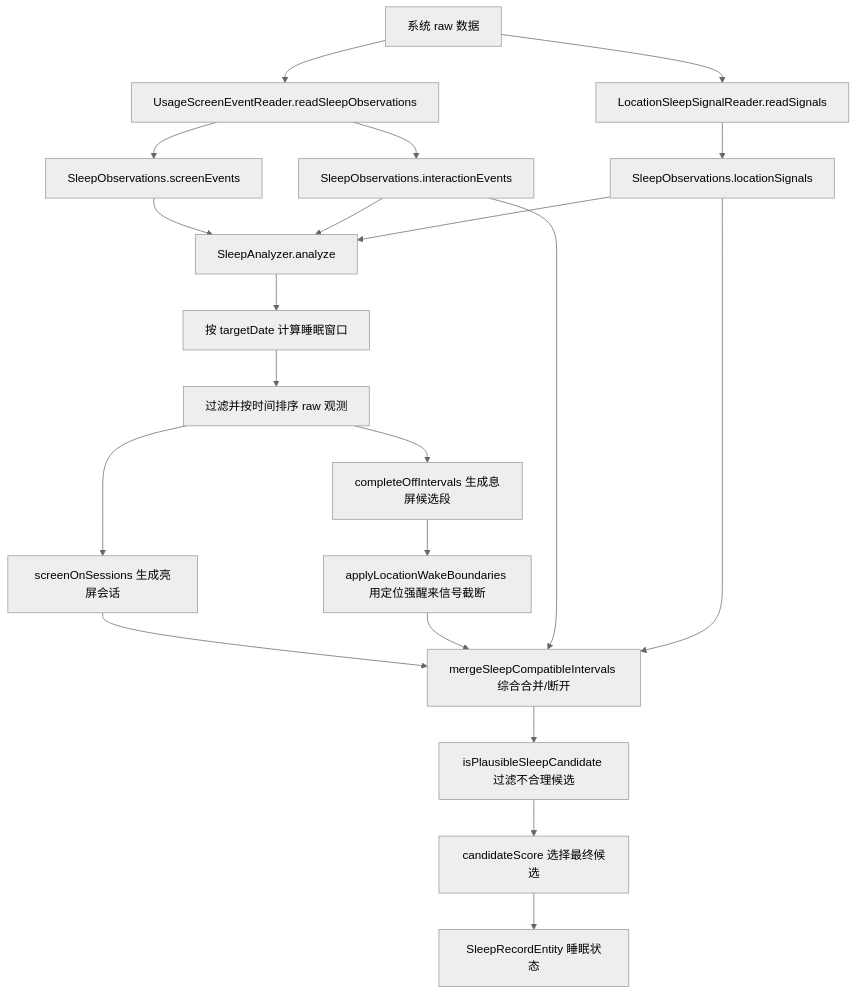
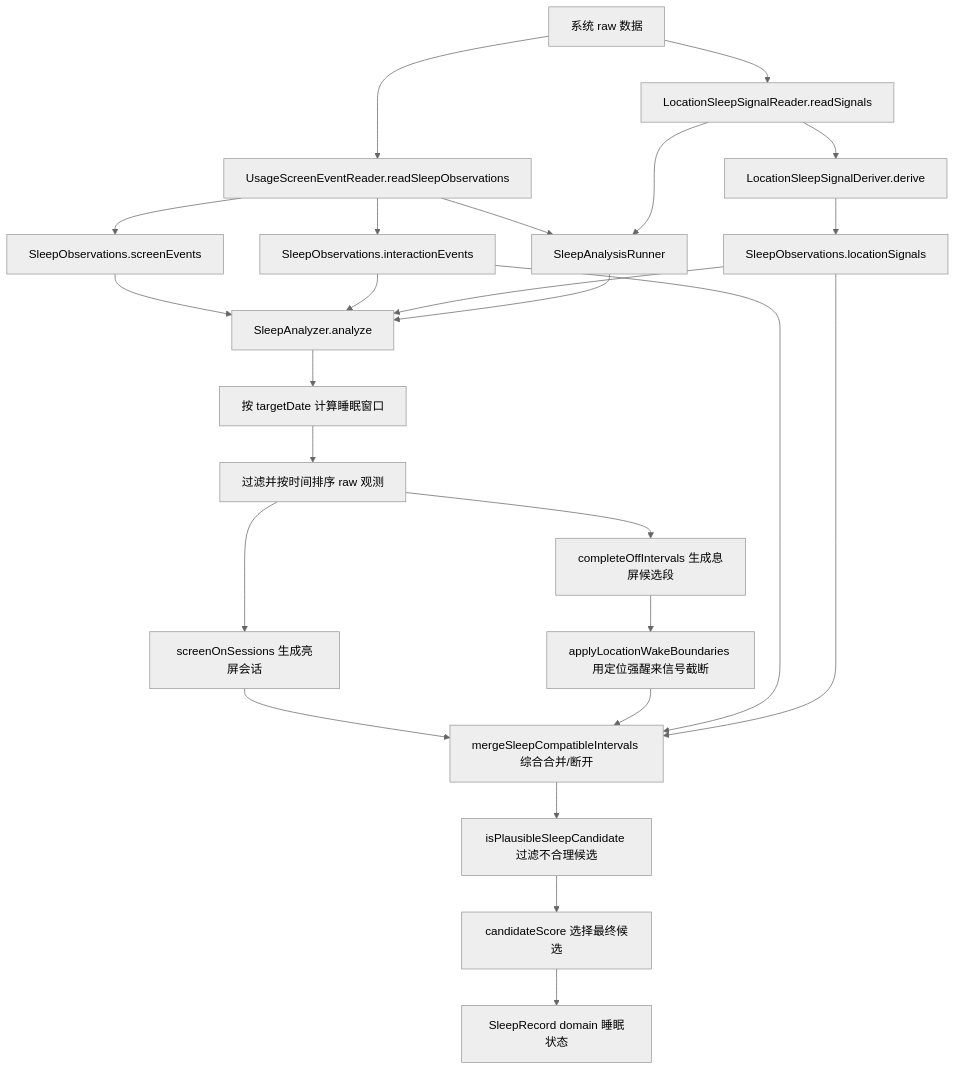
One commit to howyoungchen/NeuroTrack changed the diagram in docs/sleep-raw-to-state-flow.md. Above: the diagram before and after it, drawn with Mermaid (neutral theme). The commit also changed other lines of this file and 24 other files, not shown here.

Commit message:
Deepen sleep analysis architecture

````diff
--- a/docs/sleep-raw-to-state-flow.md
+++ b/docs/sleep-raw-to-state-flow.md
@@ -13,23 +16,27 @@
 ```mermaid
 flowchart TD
     A[系统 raw 数据] --> B[UsageScreenEventReader.readSleepObservations]
     A --> C[LocationSleepSignalReader.readSignals]
+    B --> R[SleepAnalysisRunner]
+    C --> R
     B --> D[SleepObservations.screenEvents]
     B --> E[SleepObservations.interactionEvents]
-    C --> F[SleepObservations.locationSignals]
+    C --> C2[LocationSleepSignalDeriver.derive]
+    C2 --> F[SleepObservations.locationSignals]
     D --> G[SleepAnalyzer.analyze]
     E --> G
     F --> G
+    R --> G
     G --> H[按 targetDate 计算睡眠窗口]
     H --> I[过滤并按时间排序 raw 观测]
     I --> J[completeOffIntervals 生成息屏候选段]
     I --> K[screenOnSessions 生成亮屏会话]
     J --> L[applyLocationWakeBoundaries 用定位强醒来信号截断]
     K --> M[mergeSleepCompatibleIntervals 综合合并/断开]
     L --> M
     E --> M
     F --> M
     M --> N[isPlausibleSleepCandidate 过滤不合理候选]
     N --> O[candidateScore 选择最终候选]
-    O --> P[SleepRecordEntity 睡眠状态]
+    O --> P[SleepRecord domain 睡眠状态]
 ```
````
